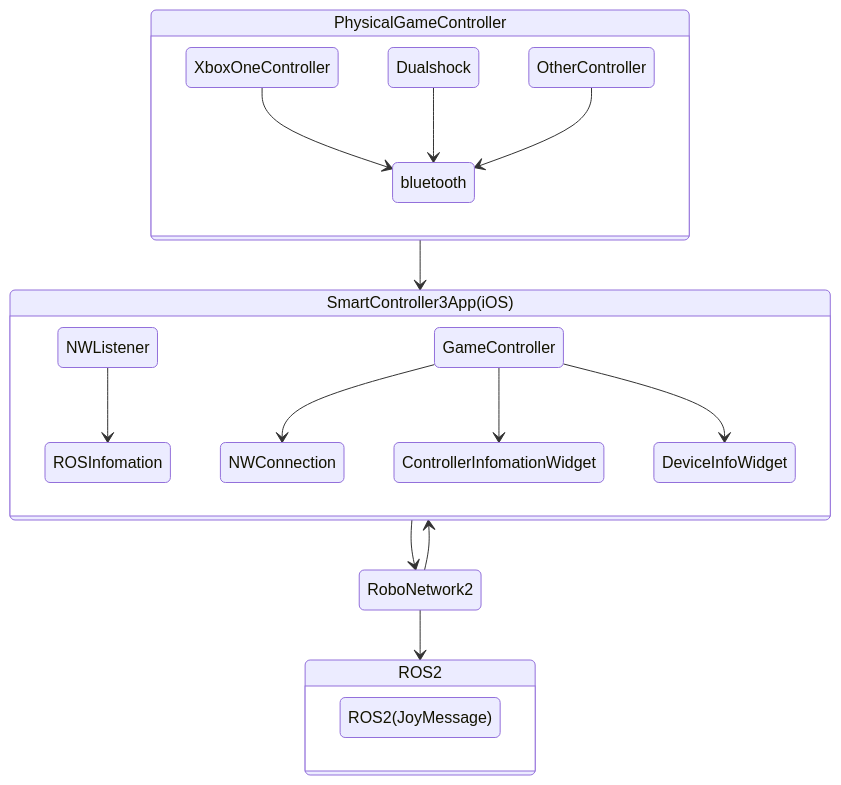
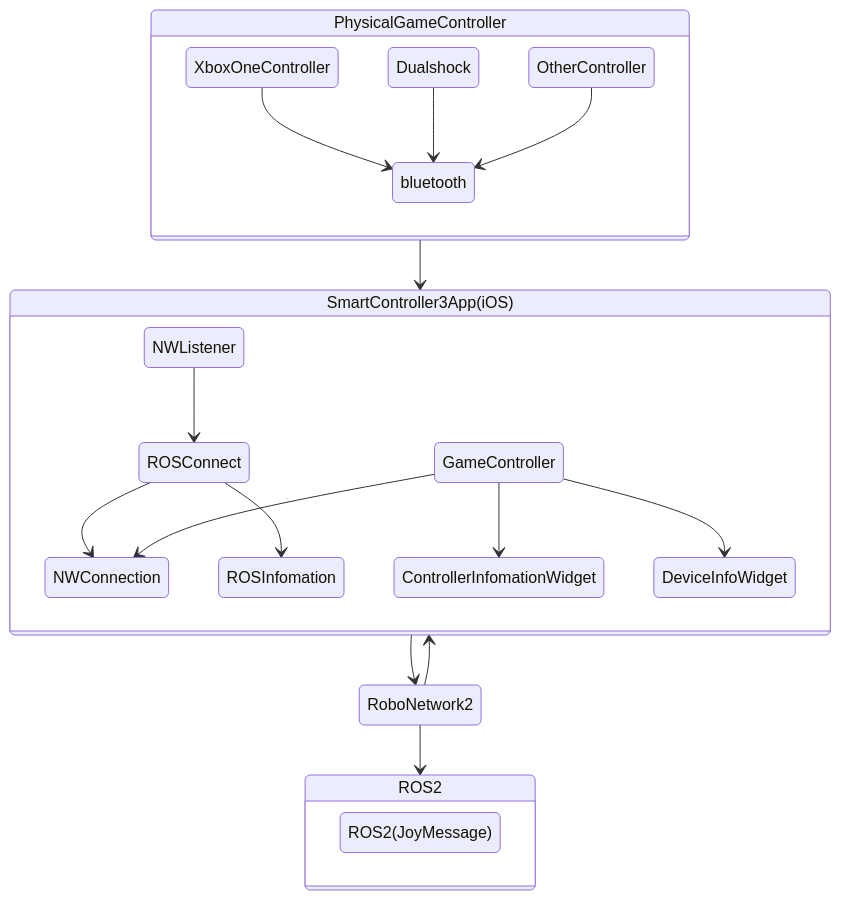
One commit to TakanoTaiga/Robo2022 changed the first of 2 diagrams in README.md. Above: the diagram before and after it, drawn with Mermaid.

````diff
--- a/README.md
+++ b/README.md
@@ -7,27 +7,29 @@
 ```mermaid
 stateDiagram-v2
   PhysicalGameController --> SmartController3App(iOS)
   SmartController3App(iOS) --> RoboNetwork2
   RoboNetwork2 --> SmartController3App(iOS)
   RoboNetwork2 --> ROS2
   
   state PhysicalGameController{
   XboxOneController --> bluetooth
   Dualshock --> bluetooth
   OtherController --> bluetooth
   }
 
   state SmartController3App(iOS){
-  NWListener --> ROSInfomation
+  NWListener --> ROSConnect
+  ROSConnect --> NWConnection
+  ROSConnect --> ROSInfomation
   GameController --> NWConnection
   GameController --> ControllerInfomationWidget
   GameController --> DeviceInfoWidget
   
   }
   state ROS2{
   ROS2(JoyMessage)
   }
  
   
 
 ```
````
